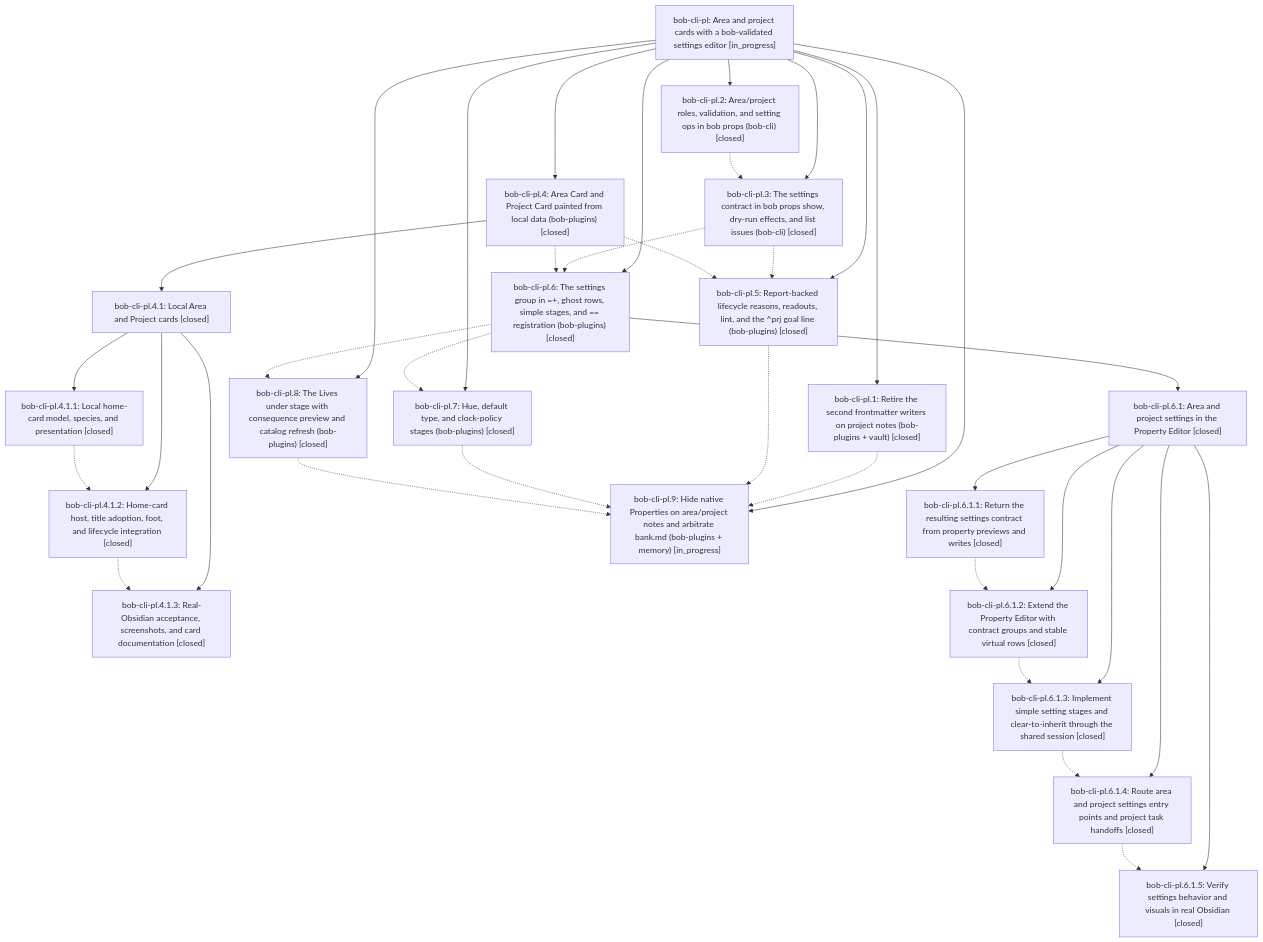
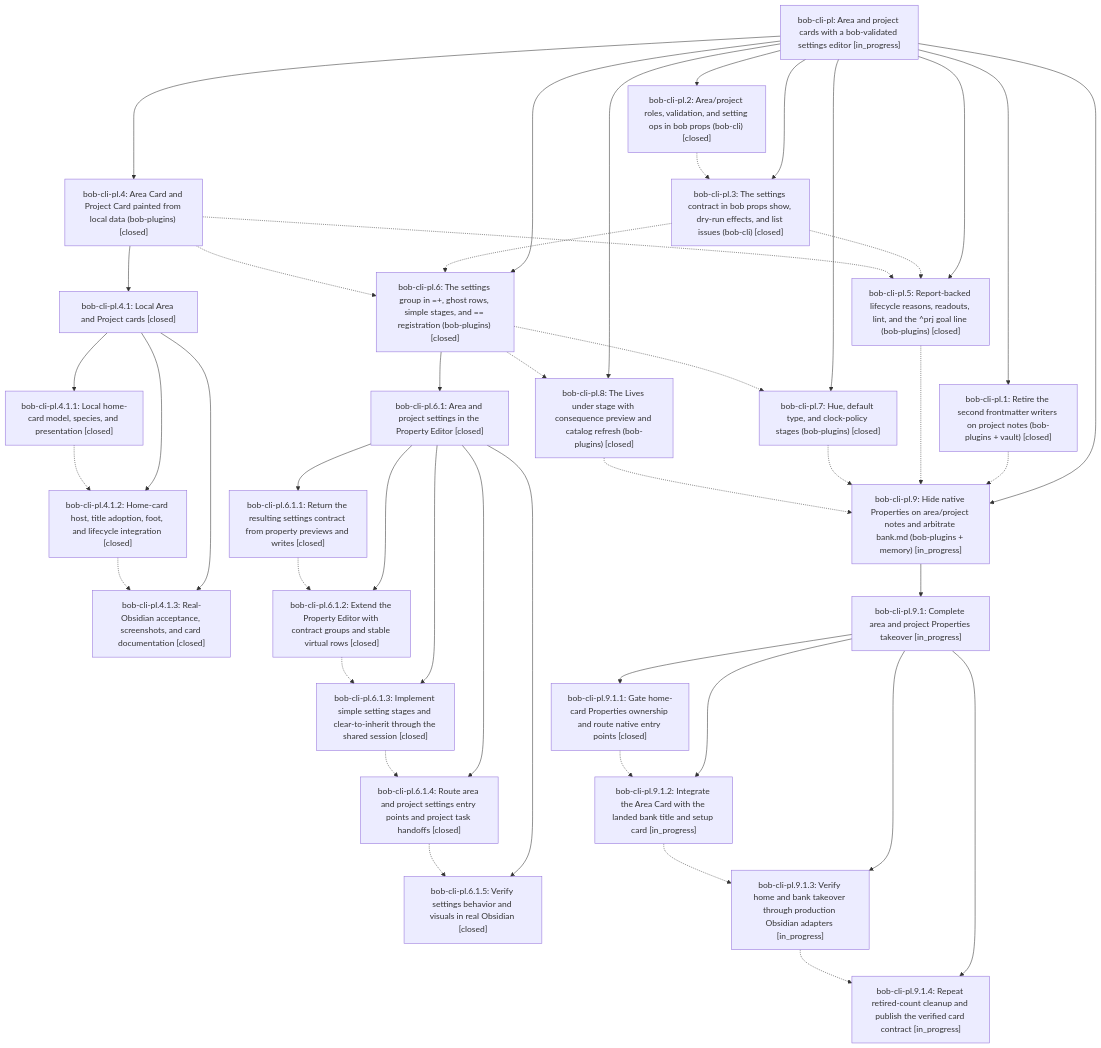
Before and after one commit to bobs-org/bob-cli--beads: the diagram in pages/bob-cli-pl/README.md, drawn with Mermaid. The commit also changed other lines of this file and 7 other files, not shown here.

First line of the commit message:
chore(beads): sync bead state and pages for bob-cli-pl

````diff
--- a/pages/bob-cli-pl/README.md
+++ b/pages/bob-cli-pl/README.md
@@ -50,59 +50,72 @@
 ```mermaid
 flowchart TD
     n0["bob-cli-pl: Area and project cards with a bob-validated settings editor [in_progress]"]
     n1["bob-cli-pl.1: Retire the second frontmatter writers on project notes (bob-plugins + vault) [closed]"]
     n2["bob-cli-pl.2: Area/project roles, validation, and setting ops in bob props (bob-cli) [closed]"]
     n3["bob-cli-pl.3: The settings contract in bob props show, dry-run effects, and list issues (bob-cli) [closed]"]
     n4["bob-cli-pl.4: Area Card and Project Card painted from local data (bob-plugins) [closed]"]
     n5["bob-cli-pl.4.1: Local Area and Project cards [closed]"]
     n6["bob-cli-pl.4.1.1: Local home-card model, species, and presentation [closed]"]
     n7["bob-cli-pl.4.1.2: Home-card host, title adoption, foot, and lifecycle integration [closed]"]
     n8["bob-cli-pl.4.1.3: Real-Obsidian acceptance, screenshots, and card documentation [closed]"]
     n9["bob-cli-pl.5: Report-backed lifecycle reasons, readouts, lint, and the ^prj goal line (bob-plugins) [closed]"]
     n10["bob-cli-pl.6: The settings group in =+, ghost rows, simple stages, and == registration (bob-plugins) [closed]"]
     n11["bob-cli-pl.6.1: Area and project settings in the Property Editor [closed]"]
     n12["bob-cli-pl.6.1.1: Return the resulting settings contract from property previews and writes [closed]"]
     n13["bob-cli-pl.6.1.2: Extend the Property Editor with contract groups and stable virtual rows [closed]"]
     n14["bob-cli-pl.6.1.3: Implement simple setting stages and clear-to-inherit through the shared session [closed]"]
     n15["bob-cli-pl.6.1.4: Route area and project settings entry points and project task handoffs [closed]"]
     n16["bob-cli-pl.6.1.5: Verify settings behavior and visuals in real Obsidian [closed]"]
     n17["bob-cli-pl.7: Hue, default type, and clock-policy stages (bob-plugins) [closed]"]
     n18["bob-cli-pl.8: The Lives under stage with consequence preview and catalog refresh (bob-plugins) [closed]"]
     n19["bob-cli-pl.9: Hide native Properties on area/project notes and arbitrate bank.md (bob-plugins + memory) [in_progress]"]
+    n20["bob-cli-pl.9.1: Complete area and project Properties takeover [in_progress]"]
+    n21["bob-cli-pl.9.1.1: Gate home-card Properties ownership and route native entry points [closed]"]
+    n22["bob-cli-pl.9.1.2: Integrate the Area Card with the landed bank title and setup card [in_progress]"]
+    n23["bob-cli-pl.9.1.3: Verify home and bank takeover through production Obsidian adapters [in_progress]"]
+    n24["bob-cli-pl.9.1.4: Repeat retired-count cleanup and publish the verified card contract [in_progress]"]
     n0 --> n1
     n0 --> n2
     n0 --> n3
     n0 --> n4
     n4 --> n5
     n5 --> n6
     n5 --> n7
     n5 --> n8
     n0 --> n9
     n0 --> n10
     n10 --> n11
     n11 --> n12
     n11 --> n13
     n11 --> n14
     n11 --> n15
     n11 --> n16
     n0 --> n17
     n0 --> n18
     n0 --> n19
+    n19 --> n20
+    n20 --> n21
+    n20 --> n22
+    n20 --> n23
+    n20 --> n24
     n1 -.-> n19
     n2 -.-> n3
     n3 -.-> n9
     n3 -.-> n10
     n4 -.-> n9
     n4 -.-> n10
     n6 -.-> n7
     n7 -.-> n8
     n9 -.-> n19
     n10 -.-> n17
     n10 -.-> n18
     n12 -.-> n13
     n13 -.-> n14
     n14 -.-> n15
     n15 -.-> n16
     n17 -.-> n19
     n18 -.-> n19
+    n21 -.-> n22
+    n22 -.-> n23
+    n23 -.-> n24
 ```
````
